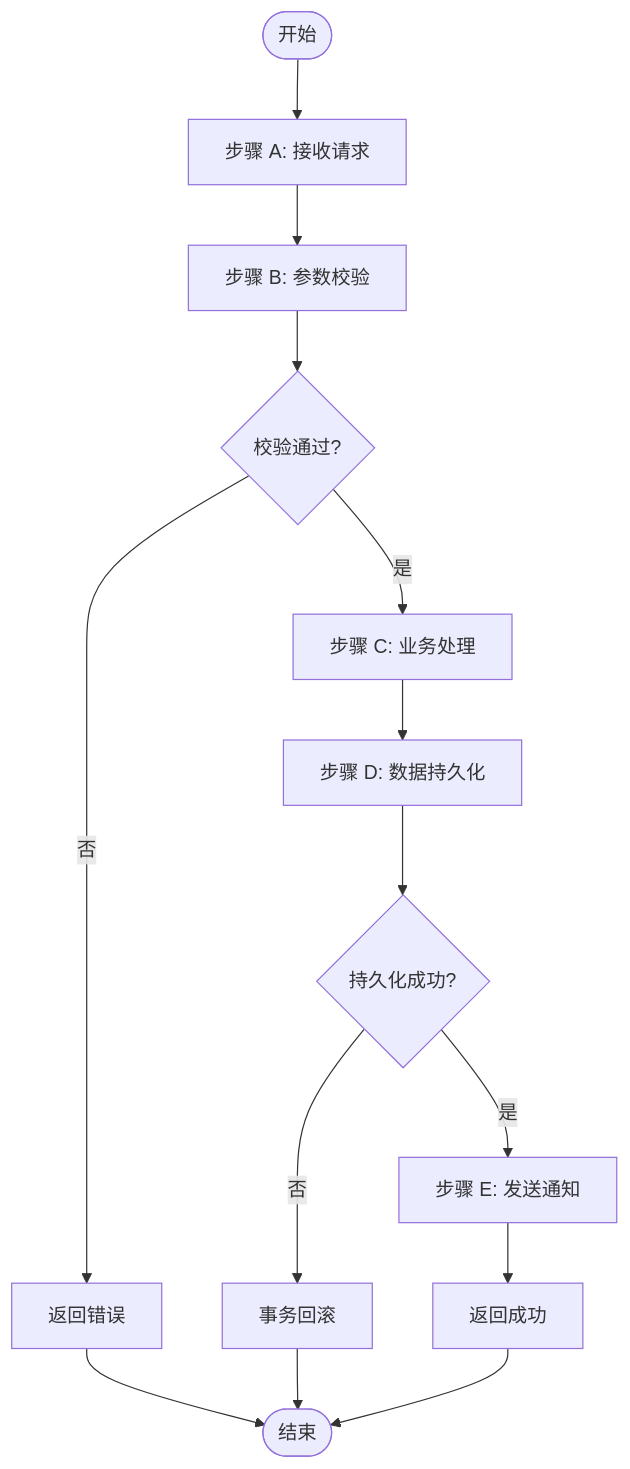
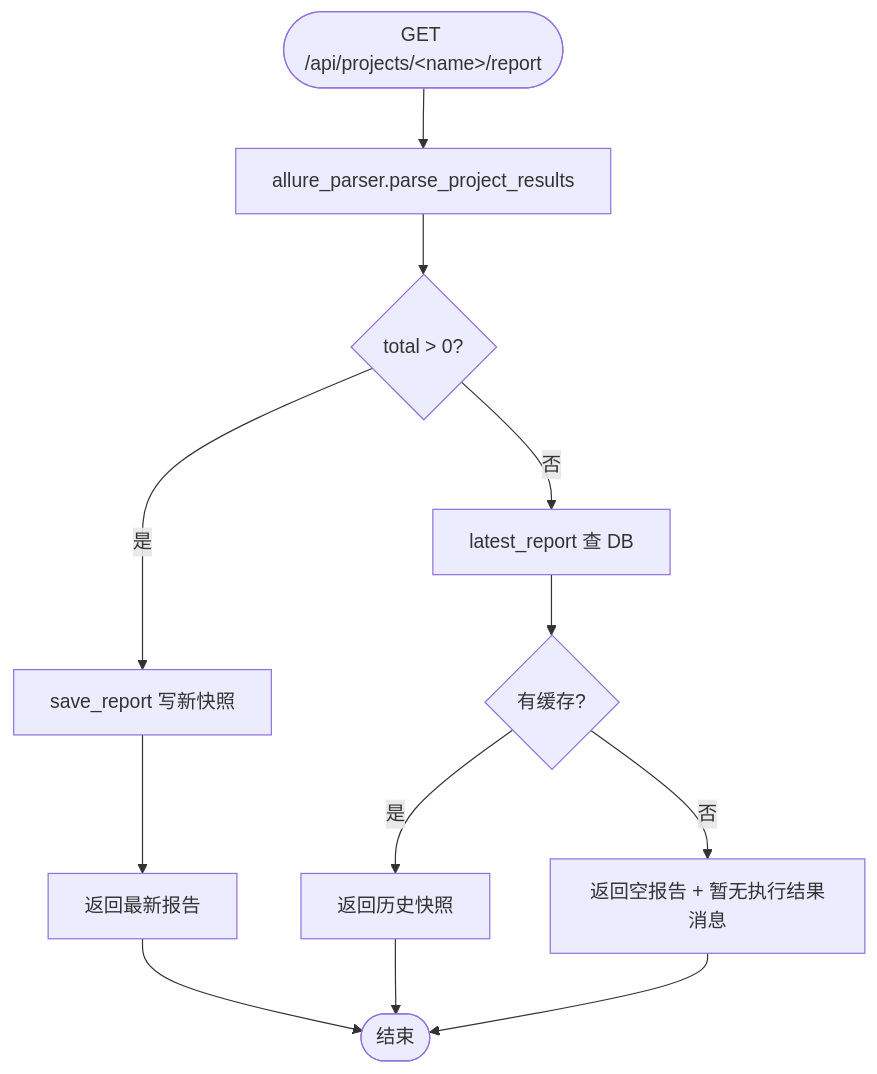
The seventh of 10 diagrams in docs/详细设计文档.md (Rogers501/automation-platform), drawn with Mermaid before and after one commit. The commit also changed other lines of this file and 9 other files, not shown here.

````diff
--- a/docs/详细设计文档.md
+++ b/docs/详细设计文档.md
@@ -293,16 +535,14 @@
 ```mermaid
 flowchart TD
-    S([开始]) --> A[步骤 A: 接收请求]
-    A --> B[步骤 B: 参数校验]
-    B --> C{校验通过?}
-    C -->|是| D[步骤 C: 业务处理]
-    C -->|否| E[返回错误]
-    D --> F[步骤 D: 数据持久化]
-    F --> G{持久化成功?}
-    G -->|是| H[步骤 E: 发送通知]
-    G -->|否| I[事务回滚]
-    H --> J[返回成功]
-    E --> K([结束])
-    I --> K
-    J --> K
+    S([GET /api/projects/&lt;name&gt;/report]) --> A[allure_parser.parse_project_results]
+    A --> B{total > 0?}
+    B -->|是| C[save_report 写新快照]
+    C --> D[返回最新报告]
+    B -->|否| E[latest_report 查 DB]
+    E --> F{有缓存?}
+    F -->|是| G[返回历史快照]
+    F -->|否| H[返回空报告 + 暂无执行结果消息]
+    D --> I([结束])
+    G --> I
+    H --> I
 ```
````
